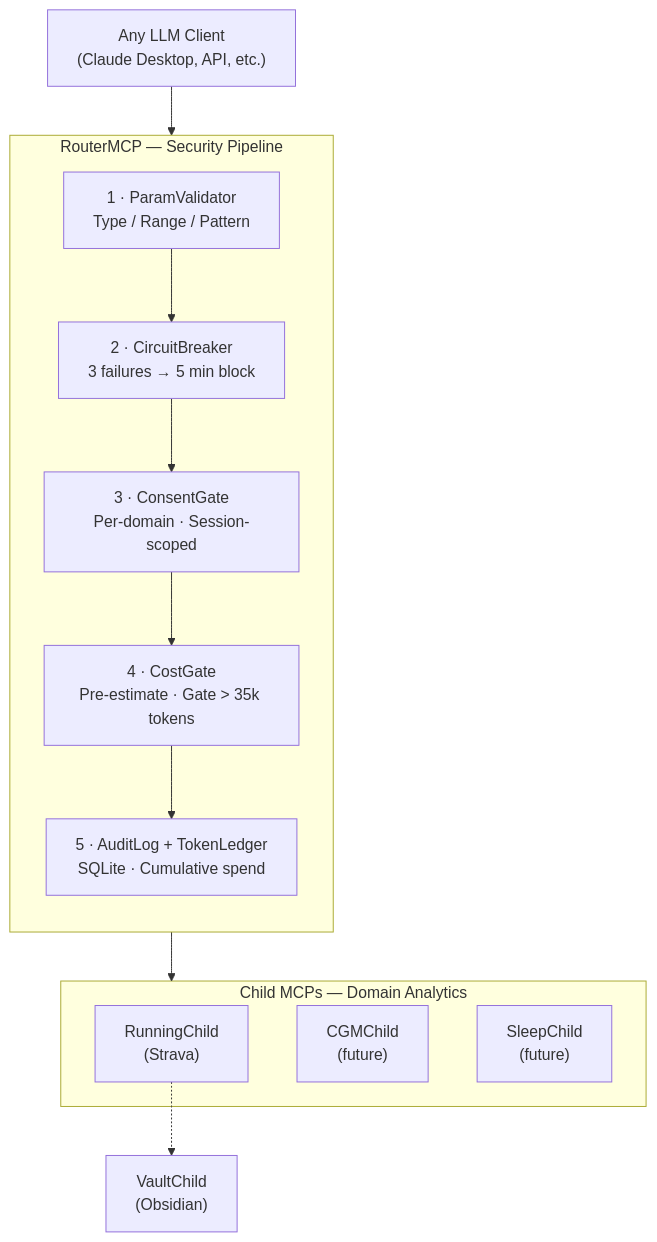
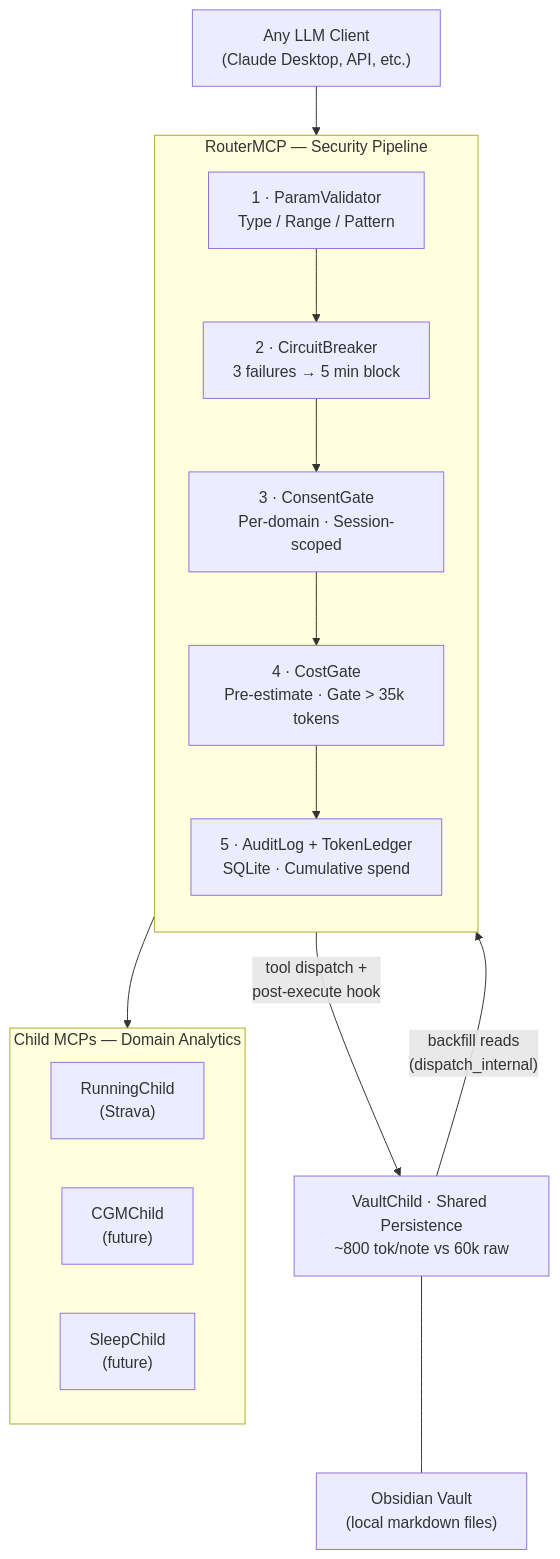
The first of 5 diagrams in README.md (saahasmuthineni/tailor-mcp), drawn with Mermaid before and after one commit. The commit also changed other lines of this file and 8 other files, not shown here.

First line of the commit message:
Decouple VaultChild from RunningChild — route all vault data access through Router

````diff
--- a/README.md
+++ b/README.md
@@ -29,23 +29,27 @@
 ```mermaid
 flowchart TD
     Client["Any LLM Client\n(Claude Desktop, API, etc.)"]
     Client --> Router
 
     subgraph Router["RouterMCP — Security Pipeline"]
         direction TB
         L1["1 · ParamValidator\nType / Range / Pattern"] --> L2["2 · CircuitBreaker\n3 failures → 5 min block"]
         L2 --> L3["3 · ConsentGate\nPer-domain · Session-scoped"]
         L3 --> L4["4 · CostGate\nPre-estimate · Gate > 35k tokens"]
         L4 --> L5["5 · AuditLog + TokenLedger\nSQLite · Cumulative spend"]
     end
 
     Router --> Children
+    Router -->|"tool dispatch +\npost-execute hook"| Vault
 
     subgraph Children["Child MCPs — Domain Analytics"]
         Running["RunningChild\n(Strava)"]
         CGM["CGMChild\n(future)"]
         Sleep["SleepChild\n(future)"]
     end
 
-    Running -.-> Vault["VaultChild\n(Obsidian)"]
+    Vault["VaultChild · Shared Persistence\n~800 tok/note vs 60k raw"]
+    Vault -->|"backfill reads\n(dispatch_internal)"| Router
+
+    Vault --- Obsidian["Obsidian Vault\n(local markdown files)"]
 ```
````
